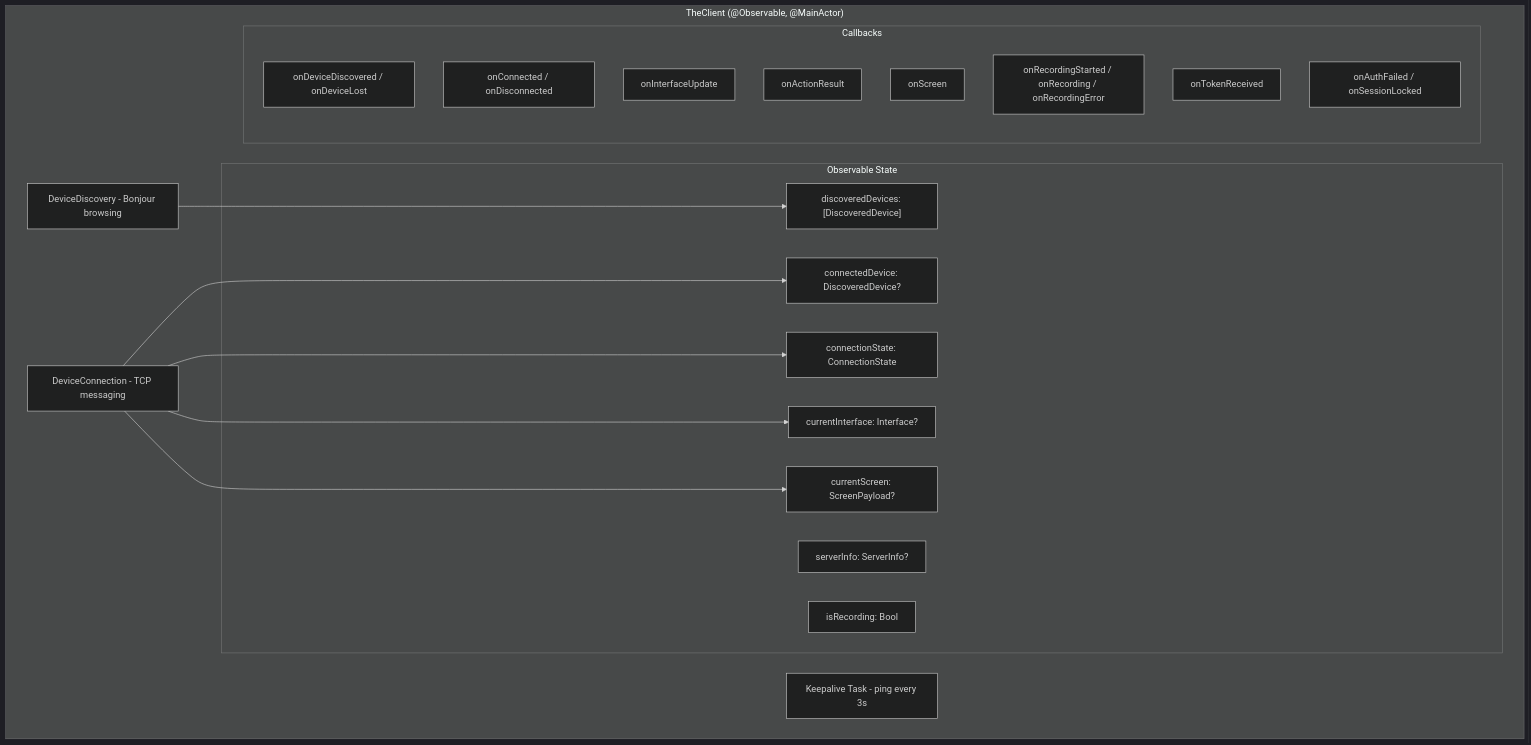
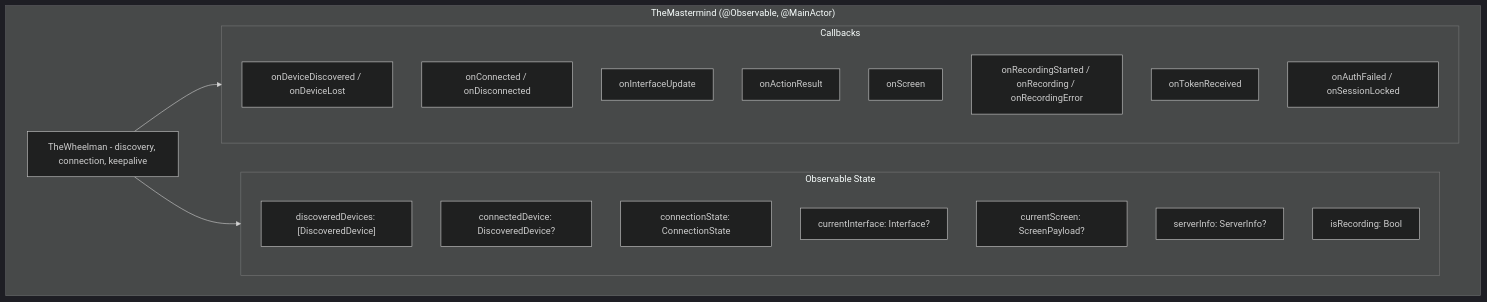
The first of 3 diagrams in docs/dossiers/09-THECLIENT.md (RoyalPineapple/TheButtonHeist), drawn with Mermaid (dark theme) before and after one commit. The commit also changed other lines of this file and 4 other files, not shown here.

````diff
--- a/docs/dossiers/09-THECLIENT.md
+++ b/docs/dossiers/09-THECLIENT.md
@@ -20,35 +23,30 @@
 ```mermaid
 graph TD
-    subgraph TheClient["TheClient (@Observable, @MainActor)"]
-        Discovery["DeviceDiscovery - Bonjour browsing"]
-        Connection["DeviceConnection - TCP messaging"]
-        Keepalive["Keepalive Task - ping every 3s"]
+    subgraph TheMastermind["TheMastermind (@Observable, @MainActor)"]
+        Wheelman["TheWheelman - discovery, connection, keepalive"]
 
         subgraph ObservableState["Observable State"]
             Devices["discoveredDevices: [DiscoveredDevice]"]
             Connected["connectedDevice: DiscoveredDevice?"]
             ConnState["connectionState: ConnectionState"]
             CurrentIF["currentInterface: Interface?"]
             CurrentScreen["currentScreen: ScreenPayload?"]
             ServerInfo["serverInfo: ServerInfo?"]
             IsRecording["isRecording: Bool"]
         end
 
         subgraph Callbacks["Callbacks"]
             OnDevice["onDeviceDiscovered / onDeviceLost"]
             OnConn["onConnected / onDisconnected"]
             OnIF["onInterfaceUpdate"]
             OnAction["onActionResult"]
             OnScreen["onScreen"]
             OnRec["onRecordingStarted / onRecording / onRecordingError"]
             OnToken["onTokenReceived"]
             OnAuth["onAuthFailed / onSessionLocked"]
         end
     end
 
-    Discovery --> Devices
-    Connection --> Connected
-    Connection --> ConnState
-    Connection --> CurrentIF
-    Connection --> CurrentScreen
+    Wheelman --> ObservableState
+    Wheelman --> Callbacks
 ```
````
